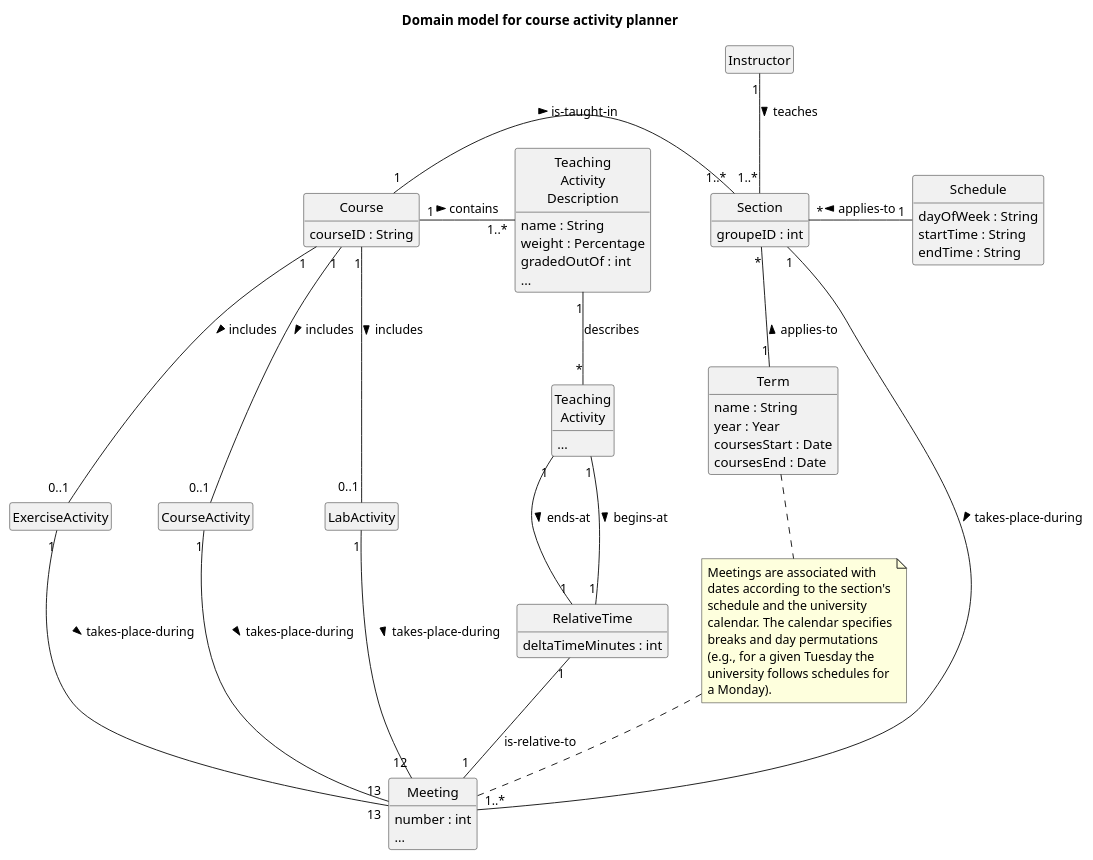
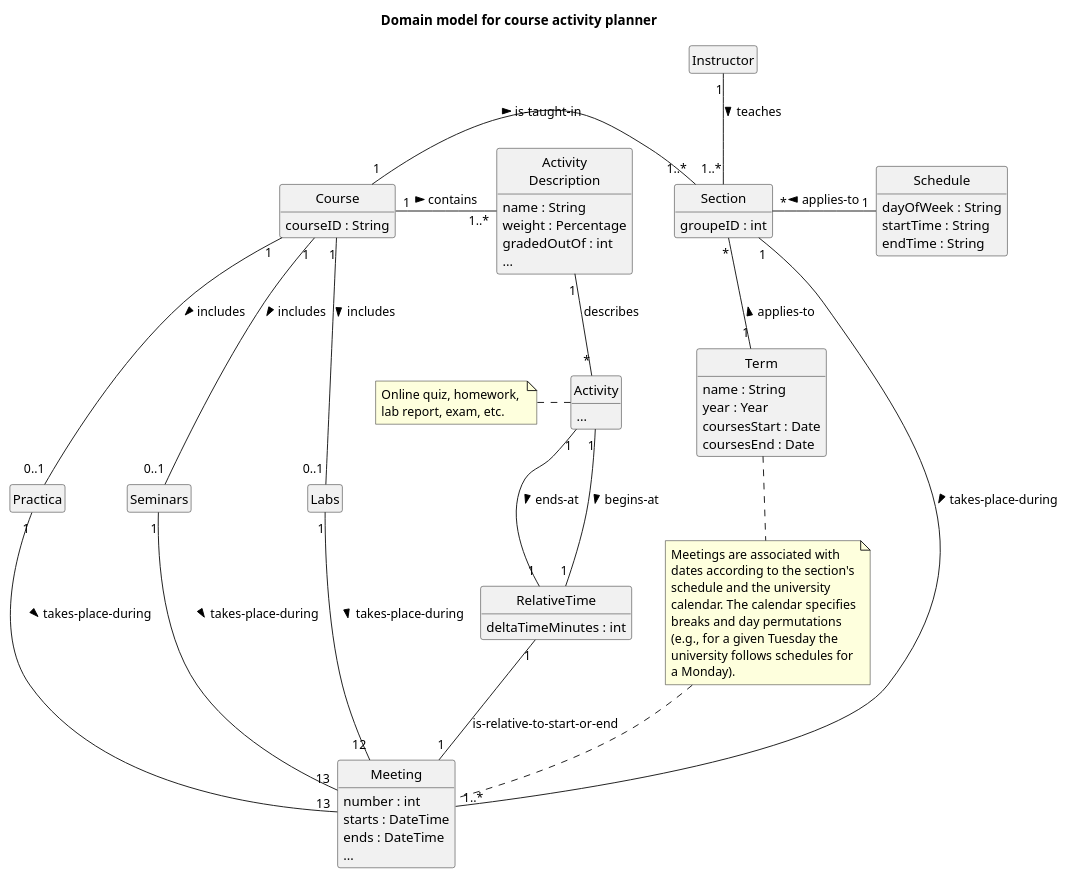
The diagram in ooad/domain-model.puml (fuhrmanator/course-activity-planner), drawn with PlantUML before and after one commit.

Commit message:
Clarified meetings and activities
Avoid confusion of Activities with Lab, Seminar, Practica meetings.

```diff
--- a/ooad/domain-model.puml
+++ b/ooad/domain-model.puml
@@ -1,81 +1,87 @@
 @startuml
 title Domain model for course activity planner
 skinparam style strictuml
 hide methods
 hide empty members
 class Instructor
 class Term {
 name : String
 year : Year
 coursesStart : Date
 coursesEnd : Date
 }
 class Schedule {
 dayOfWeek : String
 startTime : String
 endTime : String
 }
 
-class "Teaching\nActivity\nDescription" as TAD {
+class "Activity\nDescription" as TAD {
   name : String
   weight : Percentage
   gradedOutOf : int
   …
 }
-class "Teaching\nActivity" as TA {
+class "Activity" as TA {
   …
 }
+note left
+Online quiz, homework, 
+lab report, exam, etc.
+end note
 class Course {
   courseID : String
 }
 class Section {
   groupeID : int
 }
 
 class Meeting {
   number : int
+  starts : DateTime
+  ends : DateTime
   …
 }
 
 class RelativeTime {
   deltaTimeMinutes : int
 }
 
 note as n1
 Meetings are associated with
 dates according to the section's
 schedule and the university
 calendar. The calendar specifies
 breaks and day permutations 
 (e.g., for a given Tuesday the
 university follows schedules for
 a Monday).
 end note
 
 n1 .up. Term
 n1 .. Meeting
-Course "1" -- "0..1" CourseActivity : includes >
-Course "1" -- "0..1" LabActivity : includes >
-Course "1" -- "0..1" ExerciseActivity : includes >
+Course "1" -- "0..1" Seminars : includes >
+Course "1" -- "0..1" Labs : includes >
+Course "1" -- "0..1" Practica : includes >
 
-CourseActivity "1" -- "13" Meeting : takes-place-during >
-LabActivity "1" -- "12" Meeting : takes-place-during >
-ExerciseActivity "1" -- "13" Meeting : takes-place-during >
+Seminars "1" -- "13" Meeting : takes-place-during >
+Labs "1" -- "12" Meeting : takes-place-during >
+Practica "1" -- "13" Meeting : takes-place-during >
 
 TAD "1" -- "*" TA : describes
 TA "1" -- "1" RelativeTime : begins-at >
 TA "1" -- "1" RelativeTime : ends-at >
 
-RelativeTime "1" -- "1" Meeting : is-relative-to
+RelativeTime "1" -- "1" Meeting : is-relative-to-start-or-end
 
 Course "1" - "1..*" Section : is-taught-in >
 Instructor "1" -- "1..*" Section : teaches >
 Course "1" - "1..*" TAD : contains >
 Section "1" -- "1..*" Meeting : takes-place-during >
 Schedule "1" -left- "*" Section : applies-to >
 Section "*" -down- "1" Term : applies-to <
 
 'Instructor <|-- Professor
 'Instructor <|-- Lecturer
 'Instructor <|-- TeachingAssistant
 @enduml
```
